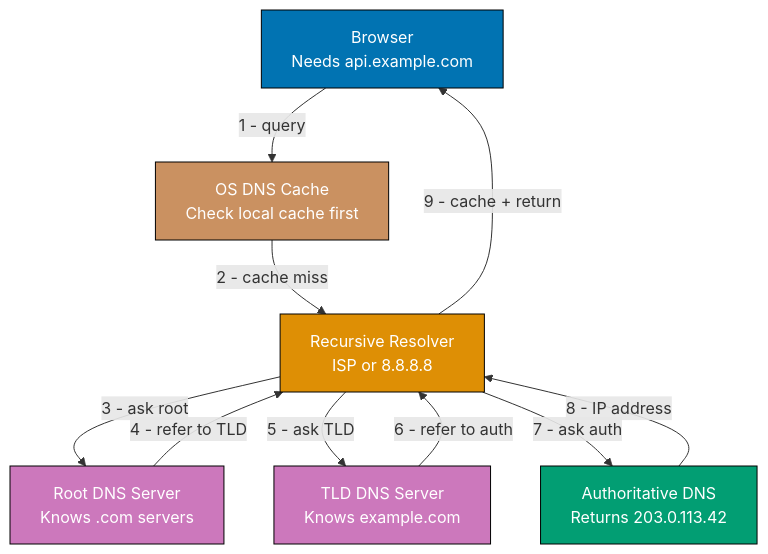
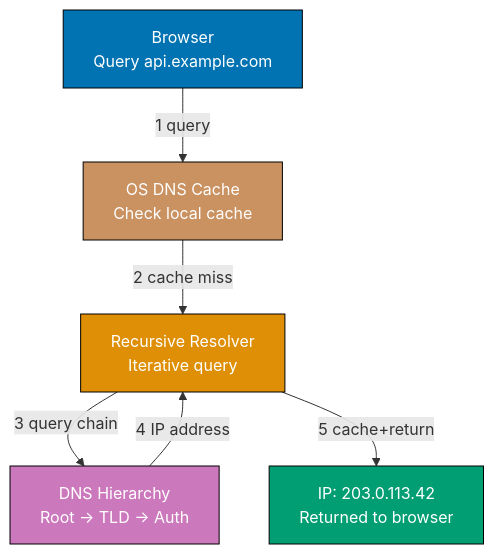
Before and after one commit to wahidyankf/open-sharia-enterprise: the second of 8 diagrams in apps/ayokoding-web/content/en/learn/software-engineering/system-design/by-example/beginner.md, drawn with Mermaid. The commit also changed other lines of this file and 16 other files, not shown here.

First line of the commit message:
fix(content): fix 46 pre-existing Mermaid violations in tutorial files

````diff
--- a/apps/ayokoding-web/content/en/learn/software-engineering/system-design/by-example/beginner.md
+++ b/apps/ayokoding-web/content/en/learn/software-engineering/system-design/by-example/beginner.md
@@ -601,27 +601,21 @@
 ```mermaid
 %% Color Palette: Blue #0173B2, Orange #DE8F05, Teal #029E73, Purple #CC78BC, Brown #CA9161
 graph TD
-    A["Browser<br/>Needs api.example.com"]
-    B["OS DNS Cache<br/>Check local cache first"]
-    C["Recursive Resolver<br/>ISP or 8.8.8.8"]
-    D["Root DNS Server<br/>Knows .com servers"]
-    E["TLD DNS Server<br/>Knows example.com"]
-    F["Authoritative DNS<br/>Returns 203.0.113.42"]
+    A["Browser<br/>Query api.example.com"]
+    B["OS DNS Cache<br/>Check local cache"]
+    C["Recursive Resolver<br/>Iterative query"]
+    D["DNS Hierarchy<br/>Root → TLD → Auth"]
+    E["IP: 203.0.113.42<br/>Returned to browser"]
 
-    A -->|"1 - query"| B
-    B -->|"2 - cache miss"| C
-    C -->|"3 - ask root"| D
-    D -->|"4 - refer to TLD"| C
-    C -->|"5 - ask TLD"| E
-    E -->|"6 - refer to auth"| C
-    C -->|"7 - ask auth"| F
-    F -->|"8 - IP address"| C
-    C -->|"9 - cache + return"| A
+    A -- 1 query --> B
+    B -- 2 cache miss --> C
+    C -- 3 query chain --> D
+    D -- 4 IP address --> C
+    C -- 5 cache+return --> E
 
     style A fill:#0173B2,stroke:#000,color:#fff
     style B fill:#CA9161,stroke:#000,color:#fff
     style C fill:#DE8F05,stroke:#000,color:#fff
     style D fill:#CC78BC,stroke:#000,color:#fff
-    style E fill:#CC78BC,stroke:#000,color:#fff
-    style F fill:#029E73,stroke:#000,color:#fff
+    style E fill:#029E73,stroke:#000,color:#fff
 ```
````
